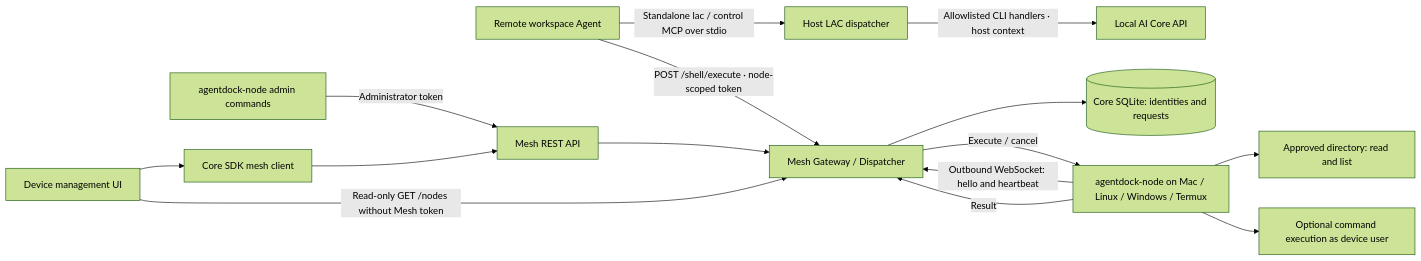
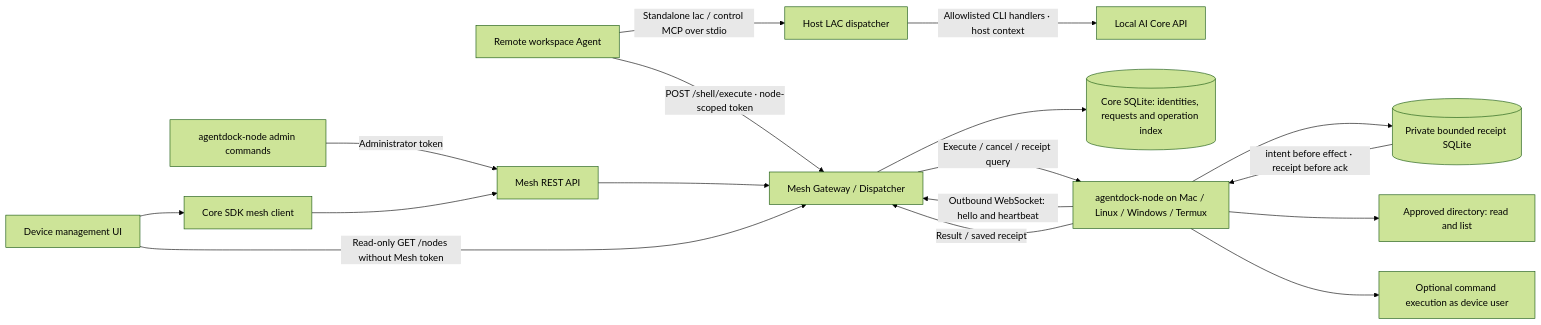
One commit to helloimcx/agentdock changed the diagram in docs/architecture/mesh.md. Above: the diagram before and after it, drawn with Mermaid (forest theme). The commit also changed other lines of this file and 35 other files, not shown here.

````diff
--- a/docs/architecture/mesh.md
+++ b/docs/architecture/mesh.md
@@ -5,17 +5,19 @@
 ```mermaid
 flowchart LR
   ui[Device management UI] --> sdk[Core SDK mesh client]
   cli[agentdock-node admin commands] -->|Administrator token| api[Mesh REST API]
   agent[Remote workspace Agent] -->|Standalone lac / control MCP over stdio| lac[Host LAC dispatcher]
   lac -->|Allowlisted CLI handlers · host context| core[Local AI Core API]
   agent -->|POST /shell/execute · node-scoped token| gateway
   sdk --> api
   api --> gateway[Mesh Gateway / Dispatcher]
   ui -->|Read-only GET /nodes without Mesh token| gateway
-  gateway --> db[(Core SQLite: identities and requests)]
+  gateway --> db[(Core SQLite: identities, requests and operation index)]
   node[agentdock-node on Mac / Linux / Windows / Termux] -->|Outbound WebSocket: hello and heartbeat| gateway
-  gateway -->|Execute / cancel| node
-  node -->|Result| gateway
+  gateway -->|Execute / cancel / receipt query| node
+  node -->|Result / saved receipt| gateway
+  node --> journal[(Private bounded receipt SQLite)]
+  journal -->|intent before effect · receipt before ack| node
   node --> files[Approved directory: read and list]
   node --> shell[Optional command execution as device user]
 ```
````
